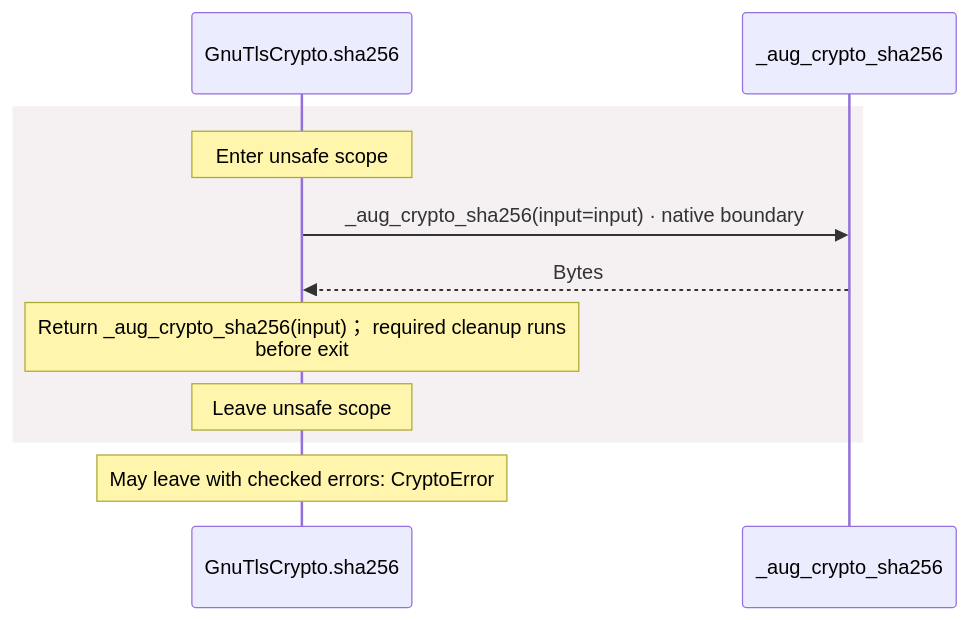
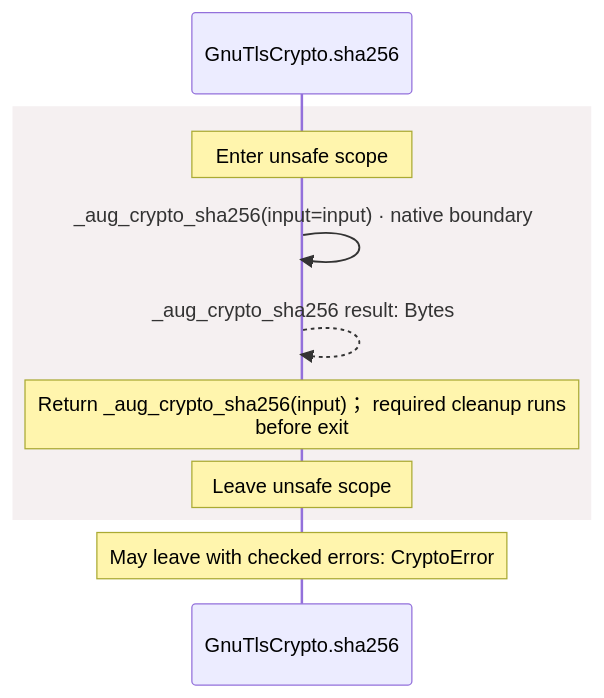
Before and after one commit to GreenPandaStudios/augscript: the fourth of 13 diagrams in docs/examples/oidc-login/dependencies/packages/@git/url_9ef654c66d34ab8f5527/0.0.0-git.b14a0f9aa41f1ce58bd51133bcdc424033e40d40/contracts-diagrams.md, drawn with Mermaid. The commit also changed other lines of this file and 304 other files, not shown here.

Commit message:
Make generated data-flow sequences concise and review every diagram

````diff
--- a/docs/examples/oidc-login/dependencies/packages/@git/url_9ef654c66d34ab8f5527/0.0.0-git.b14a0f9aa41f1ce58bd51133bcdc424033e40d40/contracts-diagrams.md
+++ b/docs/examples/oidc-login/dependencies/packages/@git/url_9ef654c66d34ab8f5527/0.0.0-git.b14a0f9aa41f1ce58bd51133bcdc424033e40d40/contracts-diagrams.md
@@ -311,13 +274,13 @@
 ```mermaid
 sequenceDiagram
     participant p0 as GnuTlsCrypto.sha256
-    participant p1 as _aug_crypto_sha256
+
     rect rgb(245, 240, 241)
     Note over p0: Enter unsafe scope
-    p0->>p1: _aug_crypto_sha256(input=input) · native boundary
-    p1-->>p0: Bytes
+    p0->>p0: _aug_crypto_sha256(input=input) · native boundary
+    p0-->>p0: _aug_crypto_sha256 result: Bytes
     Note over p0: Return _aug_crypto_sha256(input)； required cleanup runs<br/>before exit
     Note over p0: Leave unsafe scope
     end
     Note over p0: May leave with checked errors: CryptoError
 ```
````
